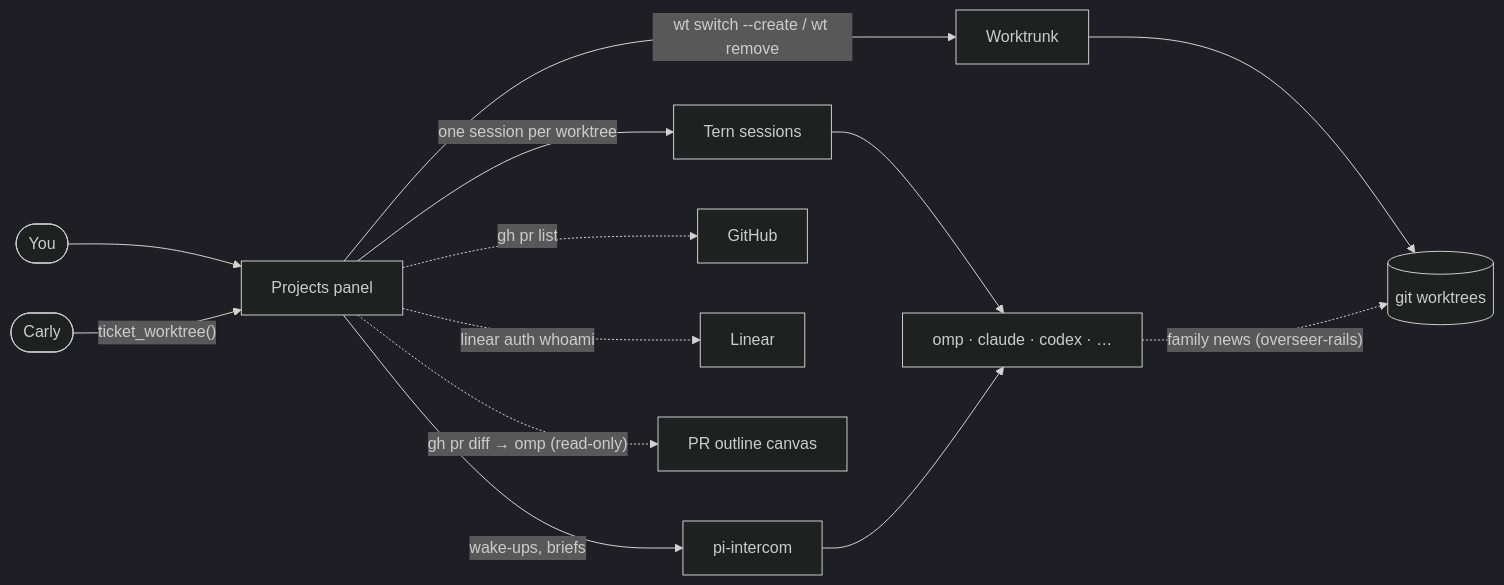
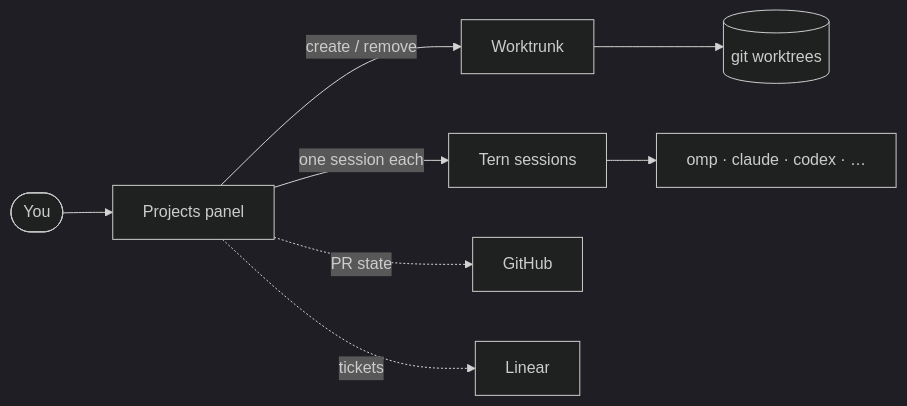
One commit to mmnavarr/overseer changed the diagram in README.md. Above: the diagram before and after it, drawn with Mermaid (dark theme). The commit also changed other lines of this file and 1 other file, not shown here.

First line of the commit message:
Split the README: short for people, AGENTS.md for the details

````diff
--- a/README.md
+++ b/README.md
@@ -177,15 +97,10 @@
 ```mermaid
 flowchart LR
     you(["You"]) --> panel["Projects panel"]
-    carly(["Carly"]) -- "ticket_worktree()" --> panel
-    panel -- "wt switch --create / wt remove" --> wt["Worktrunk"]
+    panel -- "create / remove" --> wt["Worktrunk"]
     wt --> trees[("git worktrees")]
-    panel -- "one session per worktree" --> sessions["Tern sessions"]
+    panel -- "one session each" --> sessions["Tern sessions"]
     sessions --> agents["omp · claude · codex · …"]
-    panel -- "wake-ups, briefs" --> intercom["pi-intercom"]
-    intercom --> agents
-    agents -. "family news (overseer-rails)" .-> trees
-    panel -. "gh pr list" .-> gh["GitHub"]
-    panel -. "linear auth whoami" .-> linear["Linear"]
-    panel -. "gh pr diff → omp (read-only)" .-> outline["PR outline canvas"]
+    panel -. "PR state" .-> gh["GitHub"]
+    panel -. "tickets" .-> linear["Linear"]
 ```
````
